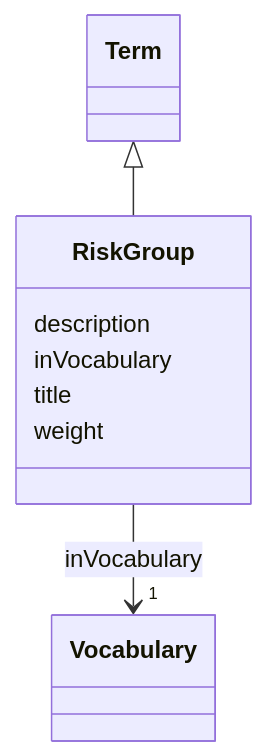
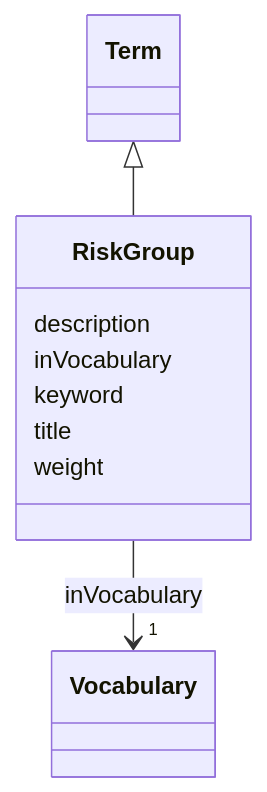
Before and after one commit to EVORA-project/evora-ontology: the diagram in models/docs/RiskGroup.md, drawn with Mermaid. The commit also changed other lines of this file and 402 other files, not shown here.

````diff
--- a/models/docs/RiskGroup.md
+++ b/models/docs/RiskGroup.md
@@ -19,24 +19,26 @@
 ```mermaid
  classDiagram
     class RiskGroup
     click RiskGroup href "../RiskGroup"
       Term <|-- RiskGroup
         click Term href "../Term"
       
       RiskGroup : description
         
       RiskGroup : inVocabulary
         
           
     
     
     RiskGroup --> "1" Vocabulary : inVocabulary
     click Vocabulary href "../Vocabulary"
 
         
+      RiskGroup : keyword
+        
       RiskGroup : title
         
       RiskGroup : weight
         
       
 ```
````
